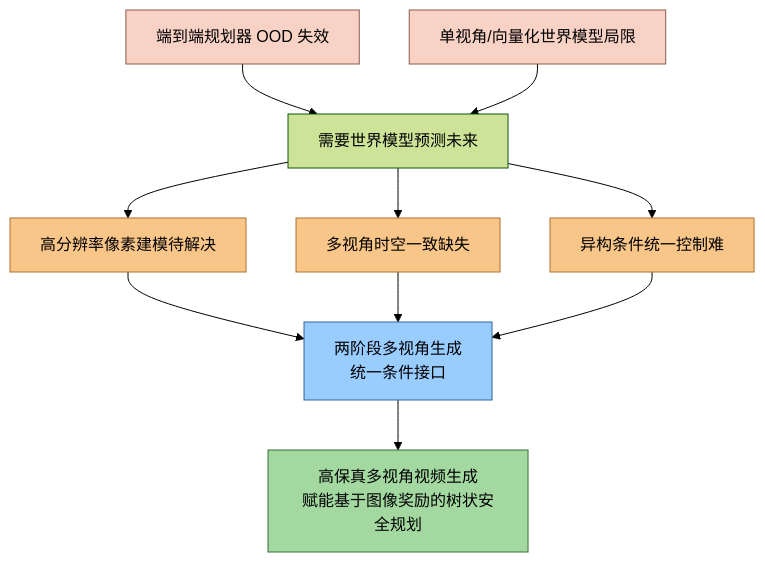
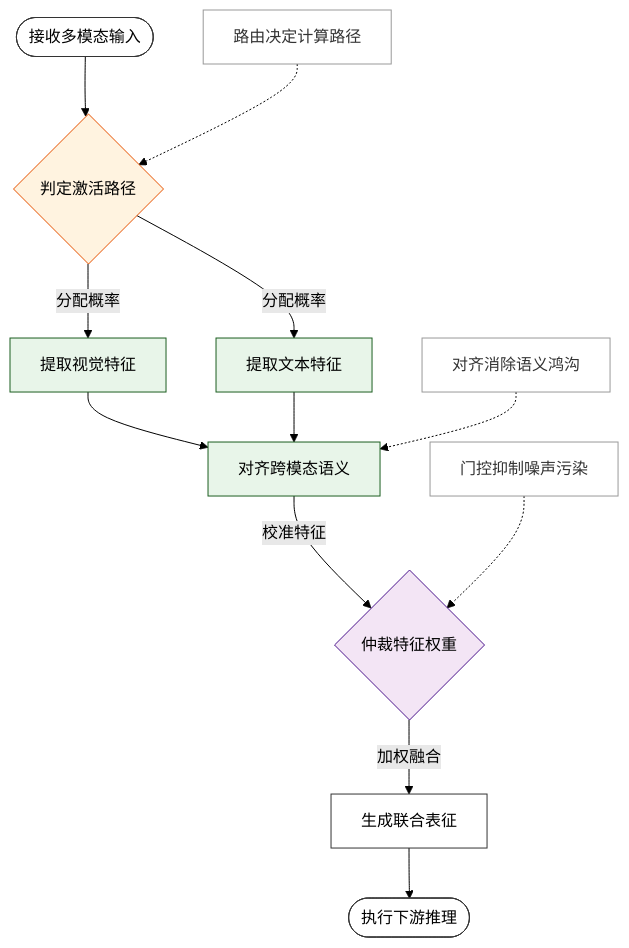
One commit to ShinewineW/paper-rolling changed the second of 10 diagrams in person_vault/2026-06-08_DrivingIntoTheFuture_2311.17918/report.md. Above: the diagram before and after it, drawn with Mermaid (forest theme). The commit also changed other lines of this file and 300 other files, not shown here.

````diff
--- a/person_vault/2026-06-08_DrivingIntoTheFuture_2311.17918/report.md
+++ b/person_vault/2026-06-08_DrivingIntoTheFuture_2311.17918/report.md
@@ -45,19 +128,21 @@
 ```mermaid
-graph TB
-    o1["端到端规划器 OOD 失效"] --> need_wm["需要世界模型预测未来"]
-    o2["单视角/向量化世界模型局限"] --> need_wm
-    need_wm --> g1["高分辨率像素建模待解决"]
-    need_wm --> g2["多视角时空一致缺失"]
-    need_wm --> g3["异构条件统一控制难"]
-    g1 & g2 & g3 --> insight["两阶段多视角生成<br>统一条件接口"]
-    insight --> result["高保真多视角视频生成<br>赋能基于图像奖励的树状安全规划"]
-    
-    classDef obs fill:#f9d2c6,stroke:#8b5a4b,color:#000;
-    classDef gap fill:#f9c689,stroke:#b0702d,color:#000;
-    classDef ins fill:#99ccff,stroke:#336699,color:#000;
-    classDef res fill:#a3d9a1,stroke:#3c6b3a,color:#000;
-    class o1,o2 obs;
-    class g1,g2,g3 gap;
-    class insight ins;
-    class result res;
+flowchart TD
+    classDef route fill:#fff3e0,stroke:#e65100,color:#000;
+    classDef align fill:#e8f5e9,stroke:#1b5e20,color:#000;
+    classDef gate fill:#f3e5f5,stroke:#4a148c,color:#000;
+    classDef default fill:#ffffff,stroke:#333333,color:#000;
+
+    raw_input(["接收多模态输入"]) --> route_net{判定激活路径}:::route
+    route_net -->|分配概率| branch_v["提取视觉特征"]:::align
+    route_net -->|分配概率| branch_t["提取文本特征"]:::align
+    branch_v --> align_loss["对齐跨模态语义"]:::align
+    branch_t --> align_loss
+    align_loss -->|校准特征| gate_net{仲裁特征权重}:::gate
+    gate_net -->|加权融合| fused_rep["生成联合表征"]:::default
+    fused_rep --> downstream(["执行下游推理"]):::default
+
+    classDef note fill:#ffffff,stroke:#999999,color:#333;
+    note1["路由决定计算路径"]:::note -.-> route_net
+    note2["对齐消除语义鸿沟"]:::note -.-> align_loss
+    note3["门控抑制噪声污染"]:::note -.-> gate_net
 ```
````
